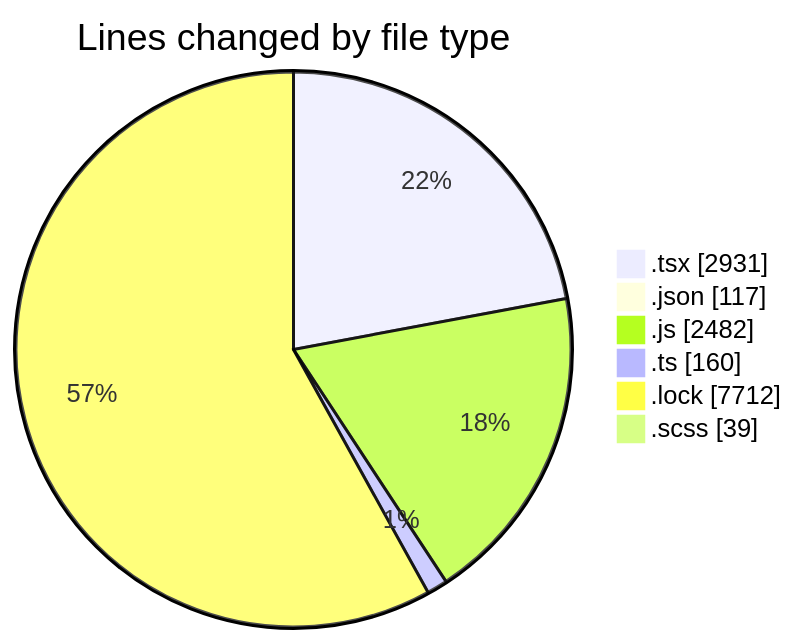
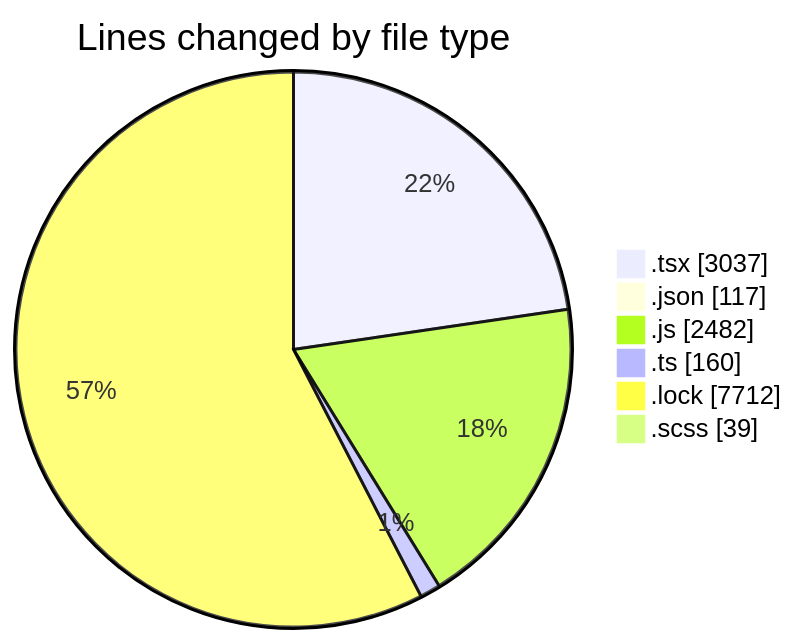
One commit to momahboobian/code-tracking changed the first of 2 diagrams in 2025-04-28/cda/README.md. Above: the diagram before and after it, drawn with Mermaid. The commit also changed other lines of this file and 1 other file, not shown here.

````diff
--- a/2025-04-28/cda/README.md
+++ b/2025-04-28/cda/README.md
@@ -40,10 +40,10 @@
 ```mermaid
 pie showData
 title Lines changed by file type
-".tsx" : 2931
+".tsx" : 3037
 ".json" : 117
 ".js" : 2482
 ".ts" : 160
 ".lock" : 7712
 ".scss" : 39
 ```
````
